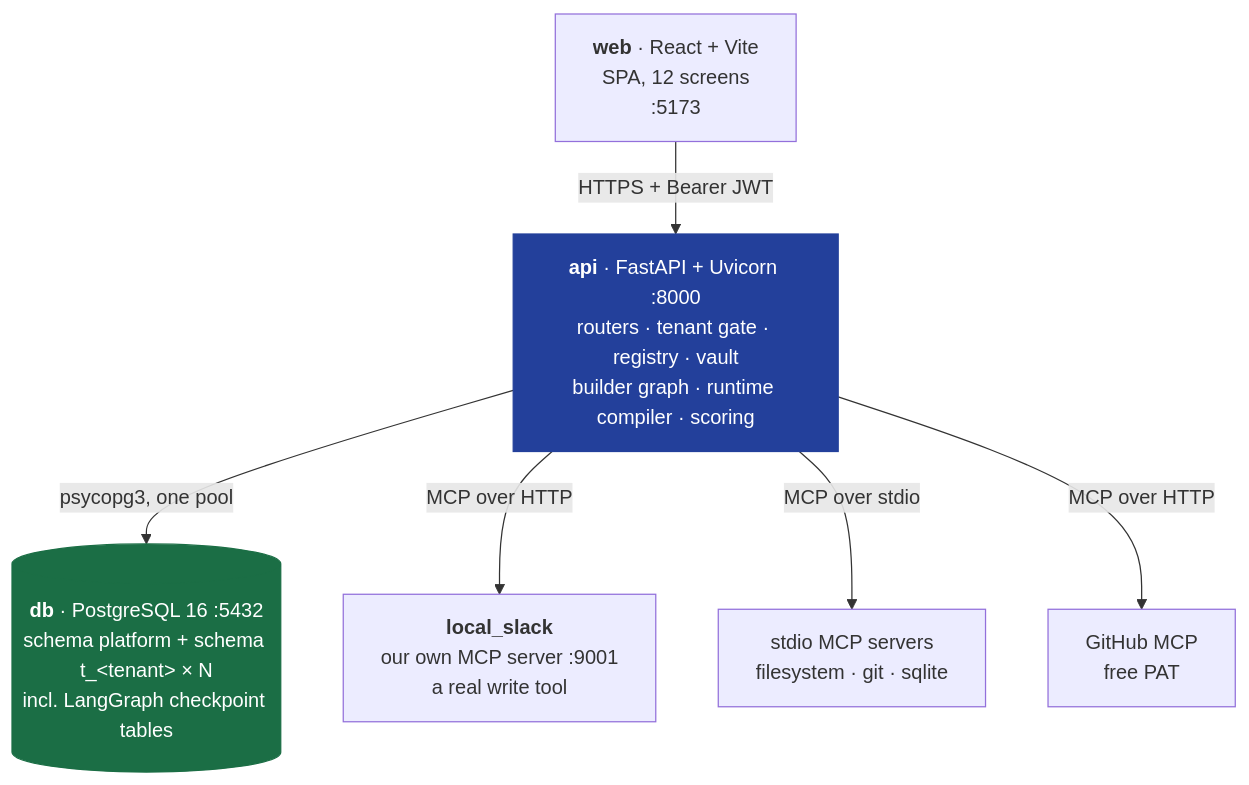
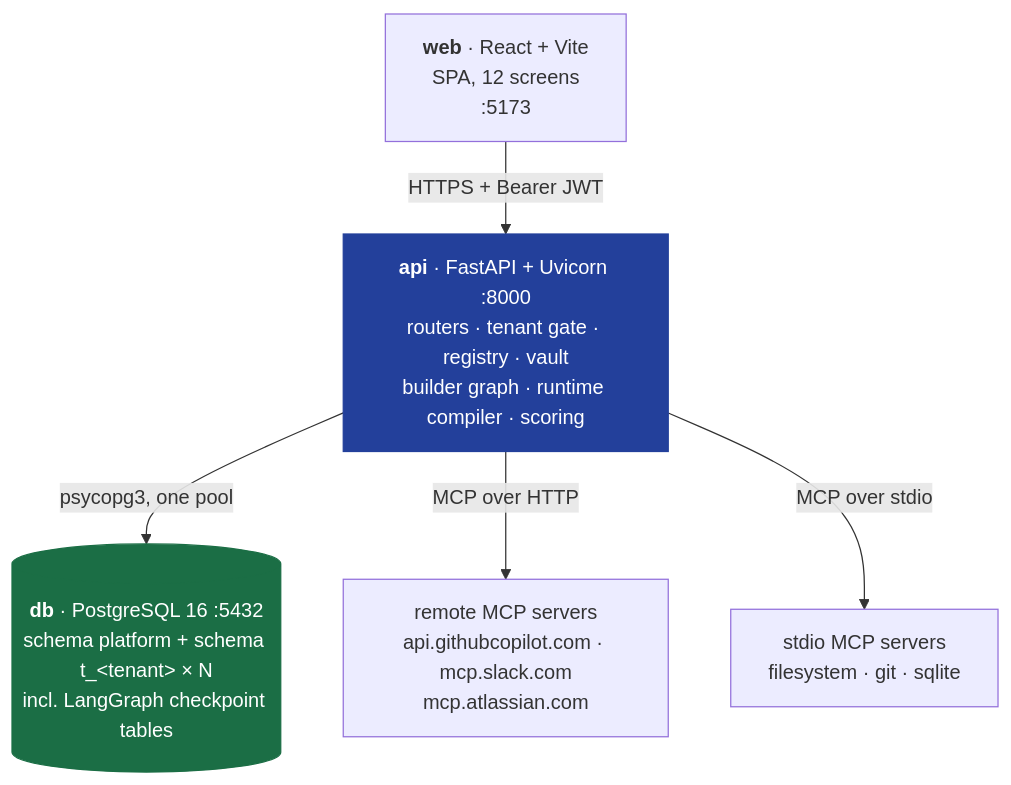
One commit to Shivanilarokar/AgentPlatformCapstone changed the second of 14 diagrams in docs/DESIGN.md. Above: the diagram before and after it, drawn with Mermaid. The commit also changed other lines of this file and 25 other files, not shown here.

Commit message:
Registry: vendors' own MCP servers, drop local_slack

````diff
--- a/docs/DESIGN.md
+++ b/docs/DESIGN.md
@@ -53,21 +53,19 @@
 ```mermaid
 graph TB
     SPA["<b>web</b> · React + Vite<br/>SPA, 12 screens<br/>:5173"]
 
     API["<b>api</b> · FastAPI + Uvicorn :8000<br/>routers · tenant gate · registry · vault<br/>builder graph · runtime compiler · scoring"]
 
     DB[("<b>db</b> · PostgreSQL 16 :5432<br/>schema platform + schema t_&lt;tenant&gt; × N<br/>incl. LangGraph checkpoint tables")]
 
-    SLACK["<b>local_slack</b><br/>our own MCP server :9001<br/>a real write tool"]
+    REMOTE["remote MCP servers<br/>api.githubcopilot.com · mcp.slack.com<br/>mcp.atlassian.com"]
     STDIO["stdio MCP servers<br/>filesystem · git · sqlite"]
-    GH["GitHub MCP<br/>free PAT"]
 
     SPA -->|"HTTPS + Bearer JWT"| API
     API -->|"psycopg3, one pool"| DB
-    API -->|"MCP over HTTP"| SLACK
+    API -->|"MCP over HTTP"| REMOTE
     API -->|"MCP over stdio"| STDIO
-    API -->|"MCP over HTTP"| GH
 
     style API fill:#23409B,color:#fff,stroke:#23409B
     style DB fill:#1B6E45,color:#fff,stroke:#1B6E45
 ```
````
